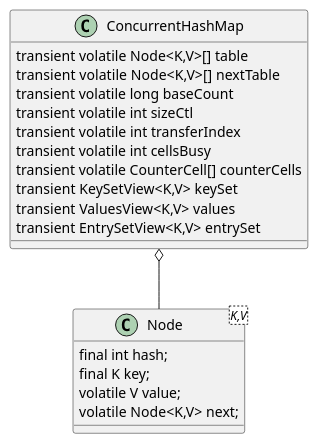
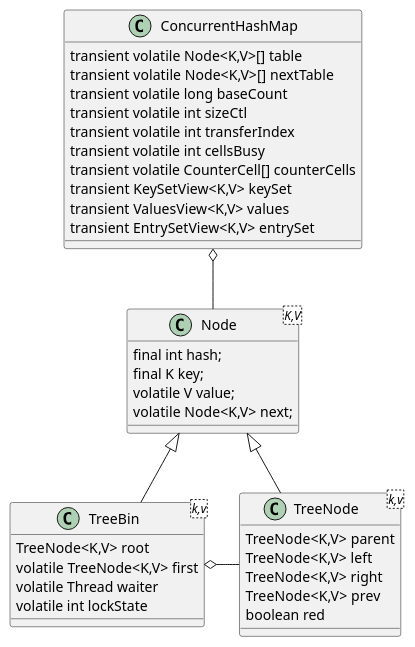
Before and after one commit to kevinwang930/kevinwang930.github.io: diagram 11 of 13 in content/post/java/java-collections.md, drawn with PlantUML. The commit also changed other lines of this file and 6 other files, not shown here.

````diff
--- a/content/post/java/java-collections.md
+++ b/content/post/java/java-collections.md
@@ -315,22 +321,36 @@
 ```plantuml
 class ConcurrentHashMap {
     transient volatile Node<K,V>[] table
     transient volatile Node<K,V>[] nextTable
     transient volatile long baseCount
     transient volatile int sizeCtl
     transient volatile int transferIndex
     transient volatile int cellsBusy
     transient volatile CounterCell[] counterCells
     transient KeySetView<K,V> keySet
     transient ValuesView<K,V> values
     transient EntrySetView<K,V> entrySet
 }
 
 class Node<K,V> {
         final int hash;
         final K key;
         volatile V value;
         volatile Node<K,V> next;
     } 
+class TreeNode<k,v> extends Node {
+    TreeNode<K,V> parent  
+        TreeNode<K,V> left
+        TreeNode<K,V> right
+        TreeNode<K,V> prev     
+        boolean red
+}
+class TreeBin<k,v> extends Node {
+    TreeNode<K,V> root
+        volatile TreeNode<K,V> first
+        volatile Thread waiter
+        volatile int lockState
+}
 ConcurrentHashMap o-- Node
+TreeBin o-right- TreeNode
 ```
````
